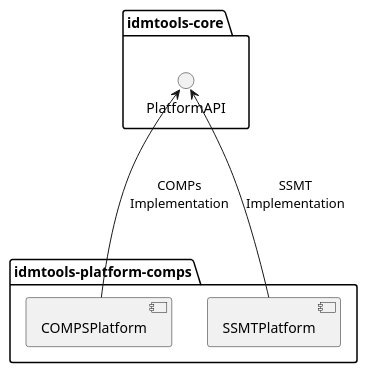
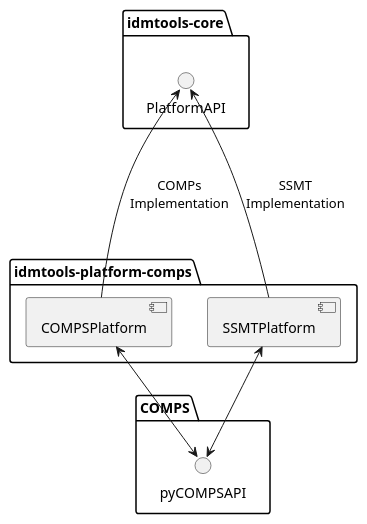
Before and after one commit to shchen-idmod/idmtools-1: the diagram in diagrams/comps.puml, drawn with PlantUML.

Commit message:
pyCOMPS add to architecture diagram

```diff
--- a/diagrams/comps.puml
+++ b/diagrams/comps.puml
@@ -1,14 +1,22 @@
 @startuml
 
 package "idmtools-core" as registry {
     () "PlatformAPI" as PlatformAPI
 }
 
 package "idmtools-platform-comps" as comps {
     [COMPSPlatform]
     [SSMTPlatform]
 }
 
+package "COMPS" as COMPS {
+    () "pyCOMPSAPI" as pyCOMPSAPI
+}
+
+
 PlatformAPI <-down-- COMPSPlatform: COMPs\nImplementation
 PlatformAPI <-- SSMTPlatform: SSMT\nImplementation
+COMPSPlatform <--> pyCOMPSAPI
+SSMTPlatform <--> pyCOMPSAPI
+
 @enduml
```
